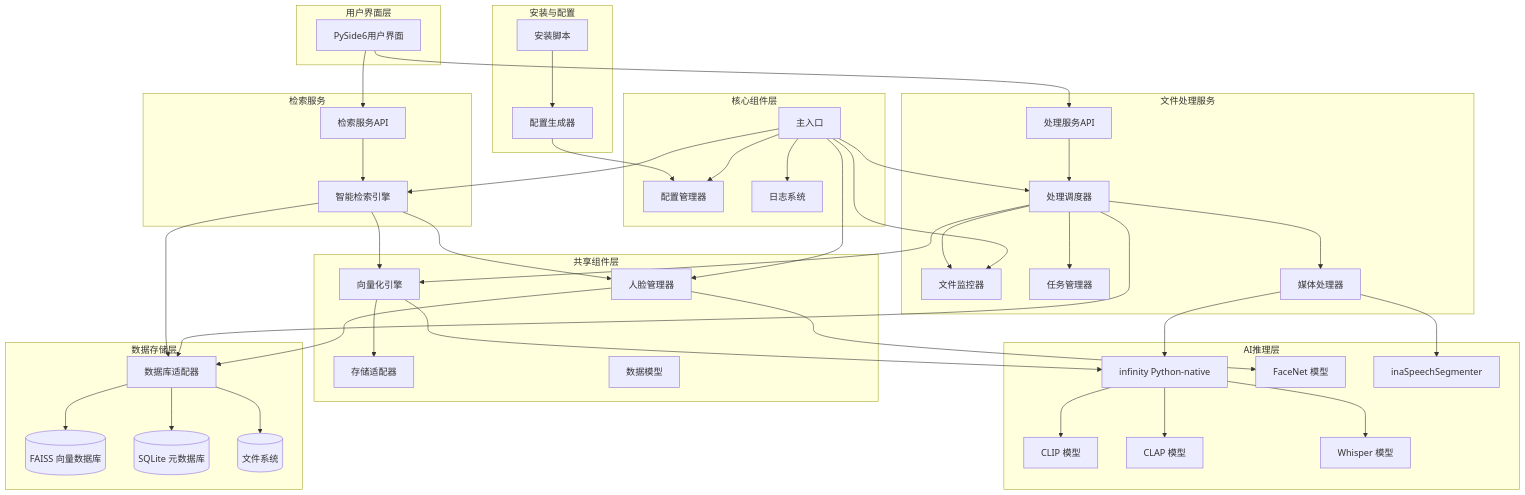
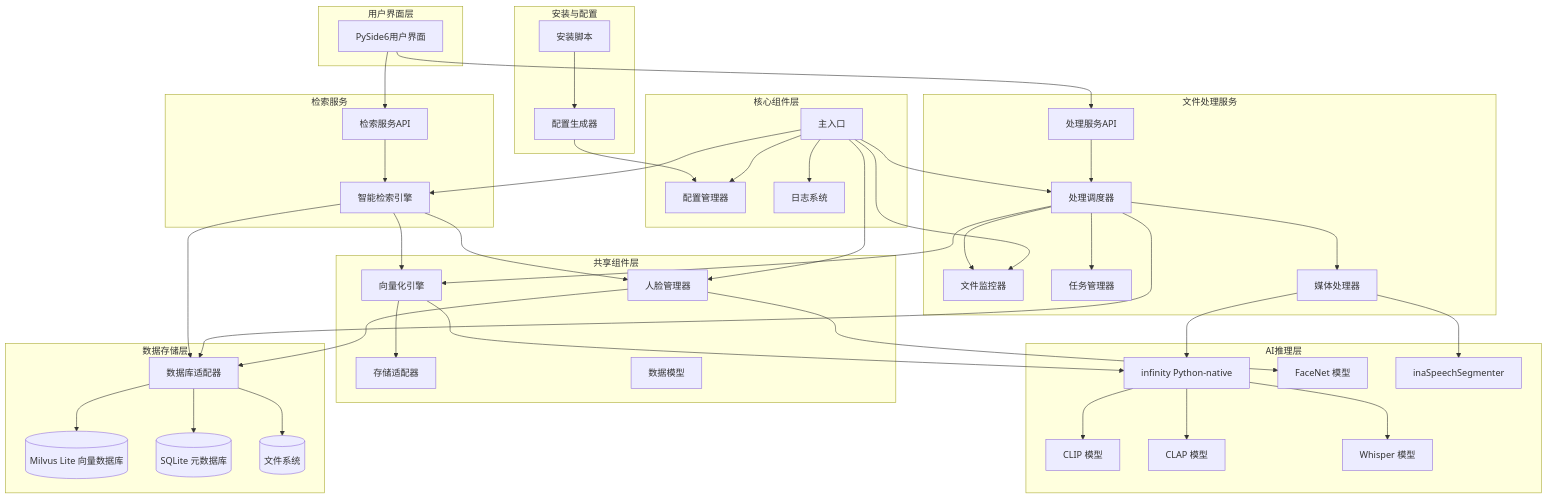
Before and after one commit to cr4342/msearch: the diagram in .kiro/specs/multimodal-search-system/design.md, drawn with Mermaid. The commit also changed other lines of this file and 5 other files, not shown here.

```diff
--- a/.kiro/specs/multimodal-search-system/design.md
+++ b/.kiro/specs/multimodal-search-system/design.md
@@ -190,7 +190,7 @@
     
     subgraph "数据存储层"
         DatabaseAdapter[数据库适配器]
-        FAISS[(FAISS 向量数据库)]
+        MilvusLite[(Milvus Lite 向量数据库)]
         SQLite[(SQLite 元数据库)]
         FileSystem[(文件系统)]
     end
@@ -233,7 +233,7 @@
     Infinity --> CLAP
     Infinity --> Whisper
     
-    DatabaseAdapter --> FAISS
+    DatabaseAdapter --> MilvusLite
     DatabaseAdapter --> SQLite
     DatabaseAdapter --> FileSystem
     
```
